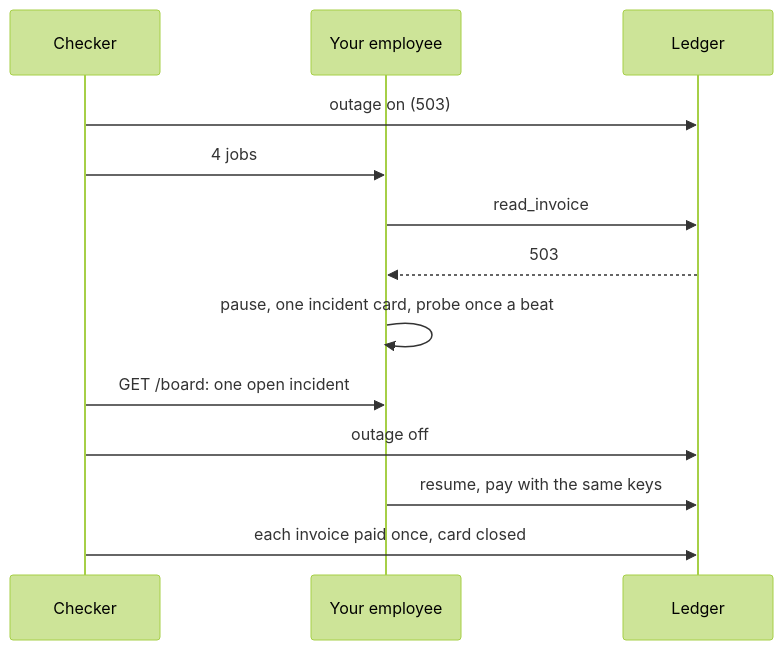
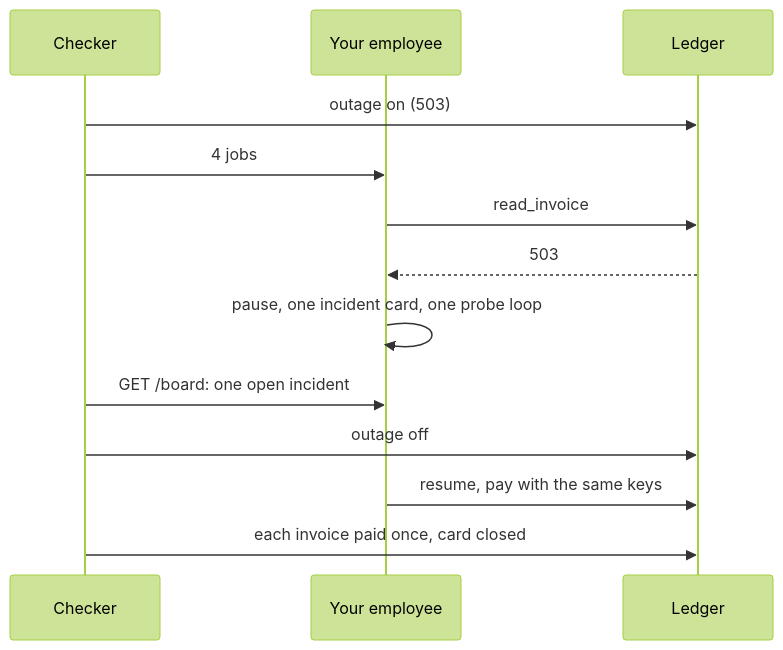
One commit to learnwithparam/agentic-ai-buildcamp changed the diagram in parts/04-operate/08-run-the-incident-drill/problem/README.md. Above: the diagram before and after it, drawn with Mermaid (forest theme). The commit also changed other lines of this file and 16 other files, not shown here.

````diff
--- a/parts/04-operate/08-run-the-incident-drill/problem/README.md
+++ b/parts/04-operate/08-run-the-incident-drill/problem/README.md
@@ -17,15 +17,15 @@
 ```mermaid
 sequenceDiagram
   participant C as Checker
   participant E as Your employee
   participant W as Ledger
   C->>W: outage on (503)
   C->>E: 4 jobs
   E->>W: read_invoice
   W-->>E: 503
-  E->>E: pause, one incident card, probe once a beat
+  E->>E: pause, one incident card, one probe loop
   C->>E: GET /board: one open incident
   C->>W: outage off
   E->>W: resume, pay with the same keys
   C->>W: each invoice paid once, card closed
 ```
````
